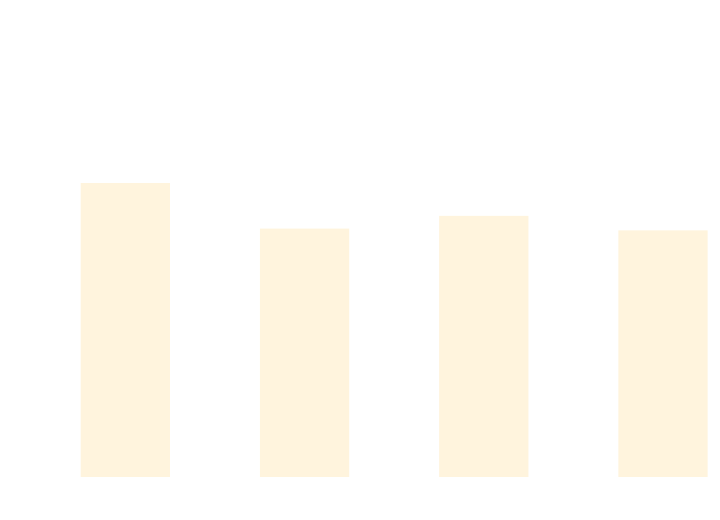
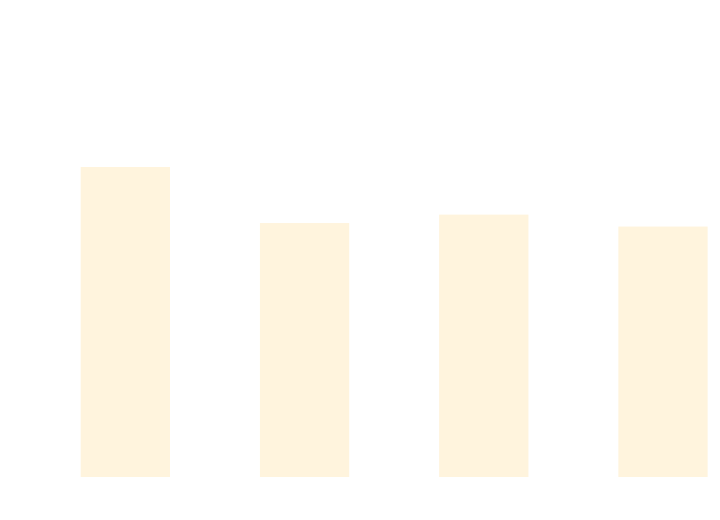
Before and after one commit to thomhurst/TUnit: the diagram in docs/docs/benchmarks/BuildTime.md, drawn with Mermaid. The commit also changed other lines of this file and 17 other files, not shown here.

````diff
--- a/docs/docs/benchmarks/BuildTime.md
+++ b/docs/docs/benchmarks/BuildTime.md
@@ -28,37 +28,37 @@
 ```mermaid
 %%{init: {
   'theme':'base',
   'themeVariables': {
     'primaryColor': '#2563eb',
     'primaryTextColor': '#ffffff',
     'primaryBorderColor': '#1e40af',
     'lineColor': '#6b7280',
     'secondaryColor': '#7c3aed',
     'tertiaryColor': '#dc2626',
     'background': '#ffffff',
     'mainBkg': '#2563eb',
     'secondBkg': '#7c3aed',
     'tertiaryBkg': '#dc2626',
     'clusterBkg': '#f3f4f6',
     'edgeLabelBackground': '#ffffff',
     'tertiaryTextColor': '#1f2937',
     'pie1': '#2563eb',
     'pie2': '#7c3aed',
     'pie3': '#dc2626',
     'pie4': '#f59e0b',
     'pie5': '#10b981',
     'pie6': '#06b6d4',
     'pie7': '#ec4899',
     'pie8': '#6366f1',
     'pie9': '#84cc16',
     'pie10': '#f97316',
     'pie11': '#14b8a6',
     'pie12': '#a855f7'
   }
 }}%%
 xychart-beta
   title "Build Time Comparison"
   x-axis ["Build_TUnit", "Build_NUnit", "Build_MSTest", "Build_xUnit3"]
   y-axis "Time (s)" 0 --> 3
-  bar [2.108, 1.772, 1.866, 1.759]
+  bar [2.226, 1.813, 1.875, 1.787]
 ```
````
